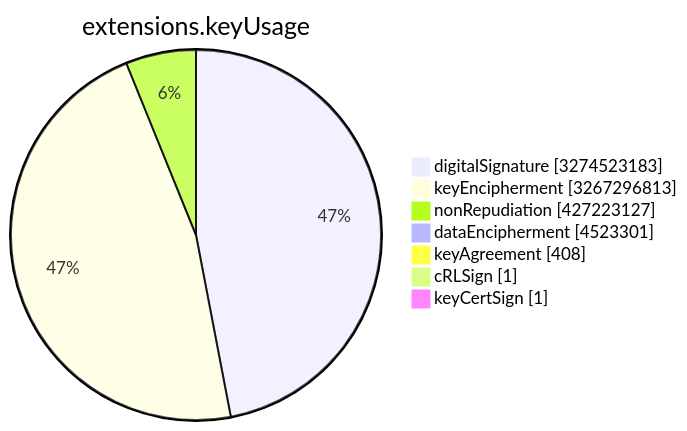
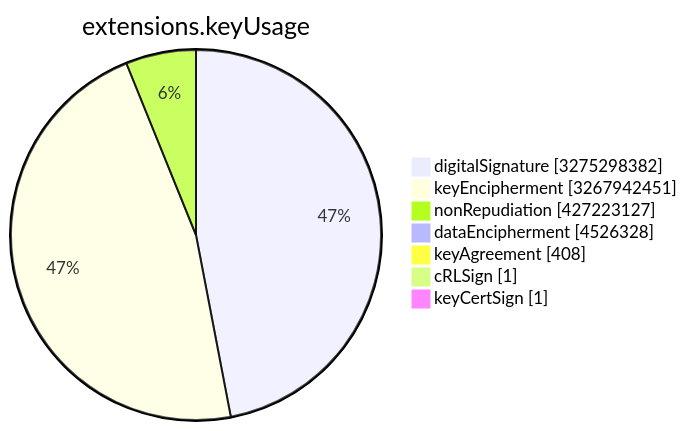
One commit to christiankrug/ctmonitor_visualization changed the sixth of 15 diagrams in TOTAL/README.md. Above: the diagram before and after it, drawn with Mermaid. The commit also changed other lines of this file, not shown here.

````diff
--- a/TOTAL/README.md
+++ b/TOTAL/README.md
@@ -3078,11 +3078,11 @@
 ```mermaid
 pie showData
 title extensions.keyUsage
-"digitalSignature" :3274523183
-"keyEncipherment" :3267296813
+"digitalSignature" :3275298382
+"keyEncipherment" :3267942451
 "nonRepudiation" :427223127
-"dataEncipherment" :4523301
+"dataEncipherment" :4526328
 "keyAgreement" :408
 "cRLSign" :1
 "keyCertSign" :1
 ```
````
